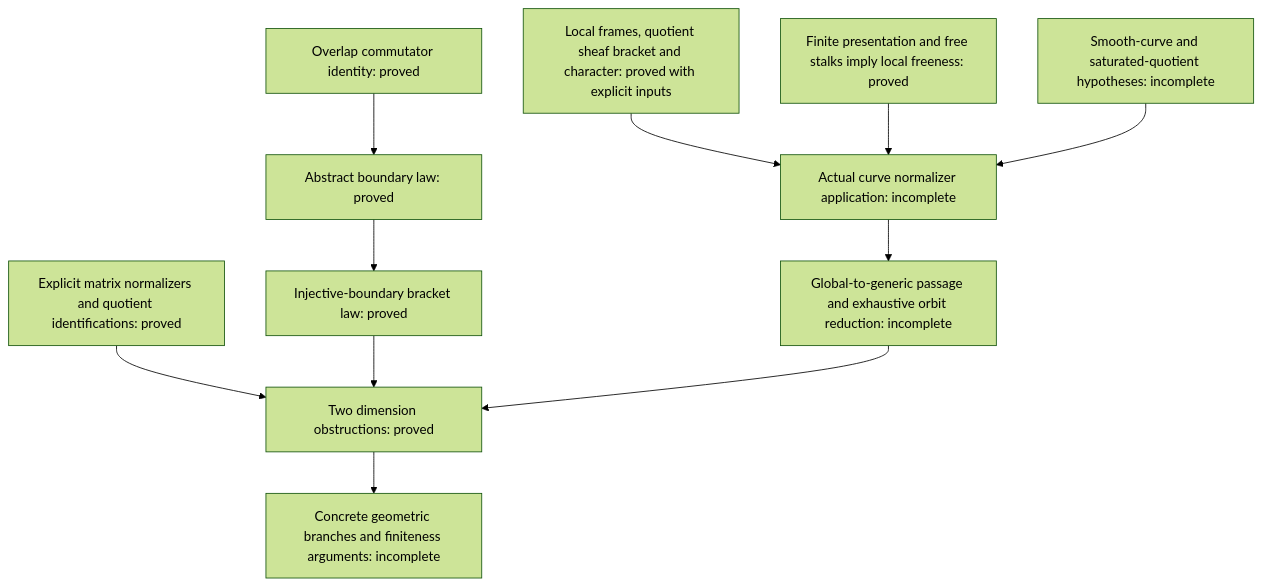
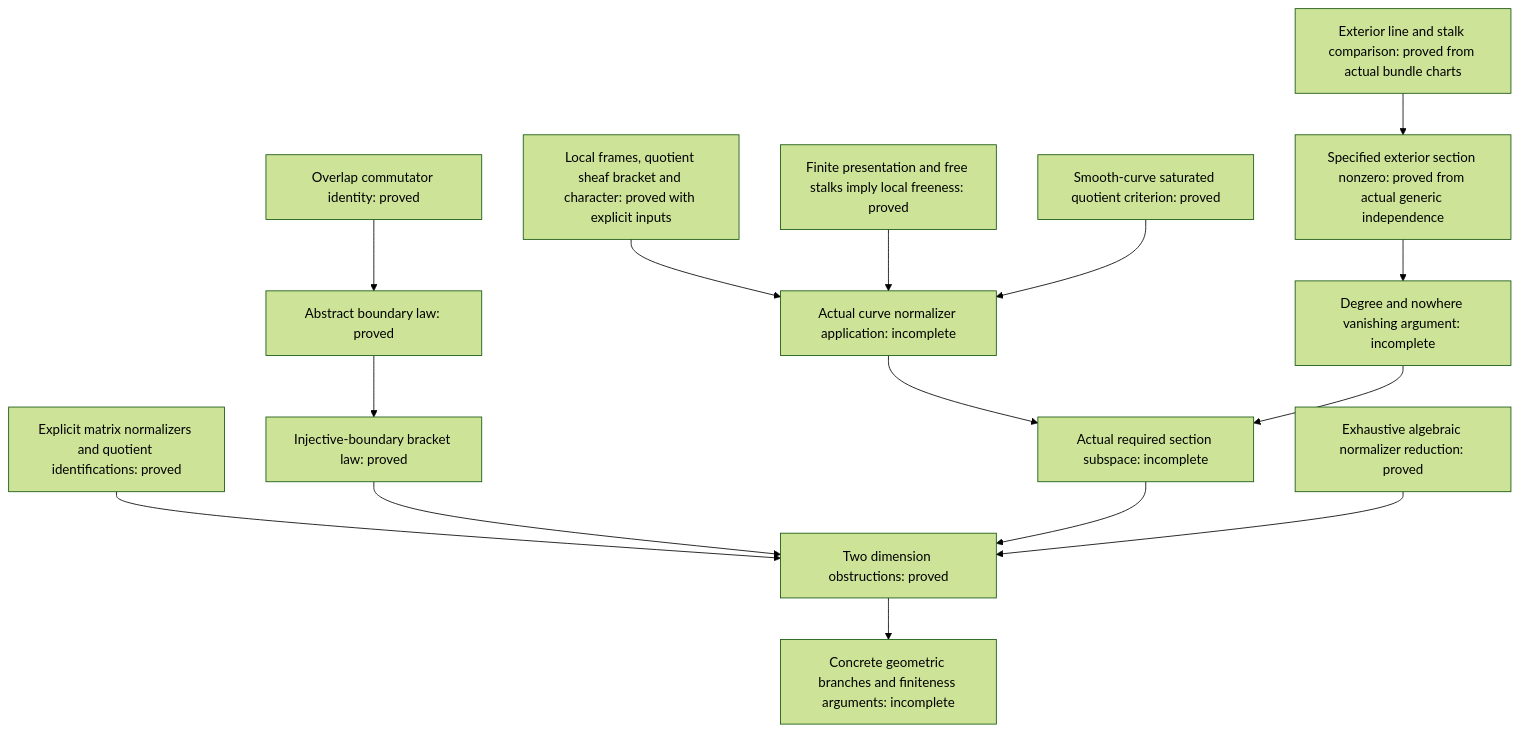
One commit to Robby955/rank-three-mcg-finiteness changed the diagram in lean/normalizer-core/OVERVIEW.md. Above: the diagram before and after it, drawn with Mermaid (forest theme). The commit also changed other lines of this file and 72 other files, not shown here.

First line of the commit message:
Expand Lean normalizer core and prove exterior-stalk comparison (#7)

````diff
--- a/lean/normalizer-core/OVERVIEW.md
+++ b/lean/normalizer-core/OVERVIEW.md
@@ -39,13 +45,17 @@
 ```mermaid
 flowchart TD
   A[Overlap commutator identity: proved] --> B[Abstract boundary law: proved]
   B --> C[Injective-boundary bracket law: proved]
   D[Explicit matrix normalizers and quotient identifications: proved] --> E[Two dimension obstructions: proved]
   C --> E
   F[Local frames, quotient sheaf bracket and character: proved with explicit inputs] --> G[Actual curve normalizer application: incomplete]
   H[Finite presentation and free stalks imply local freeness: proved] --> G
-  I[Smooth-curve and saturated-quotient hypotheses: incomplete] --> G
-  G --> J[Global-to-generic passage and exhaustive orbit reduction: incomplete]
+  I[Smooth-curve saturated quotient criterion: proved] --> G
+  G --> J[Actual required section subspace: incomplete]
   J --> E
+  L[Exhaustive algebraic normalizer reduction: proved] --> E
+  M[Exterior line and stalk comparison: proved from actual bundle charts] --> N[Specified exterior section nonzero: proved from actual generic independence]
+  N --> O[Degree and nowhere vanishing argument: incomplete]
+  O --> J
   E --> K[Concrete geometric branches and finiteness arguments: incomplete]
 ```
````
